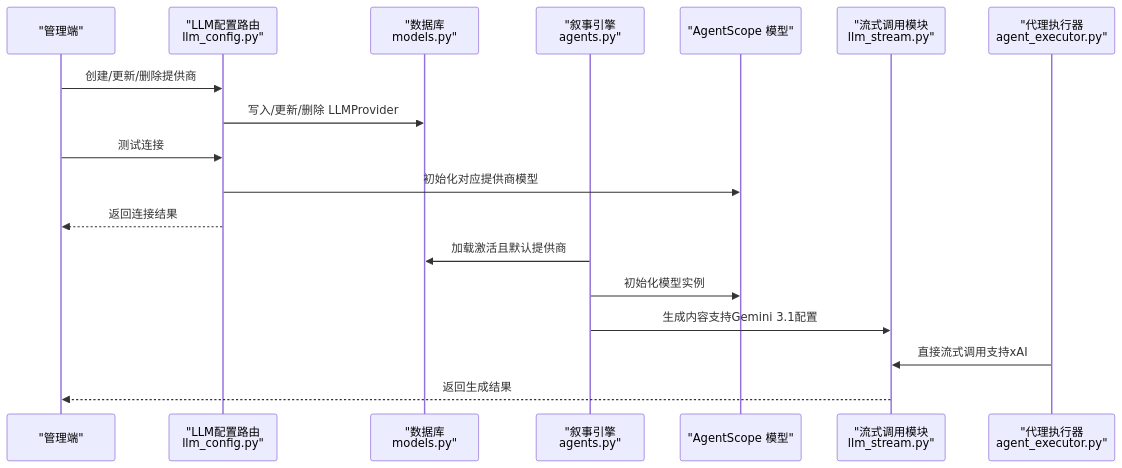
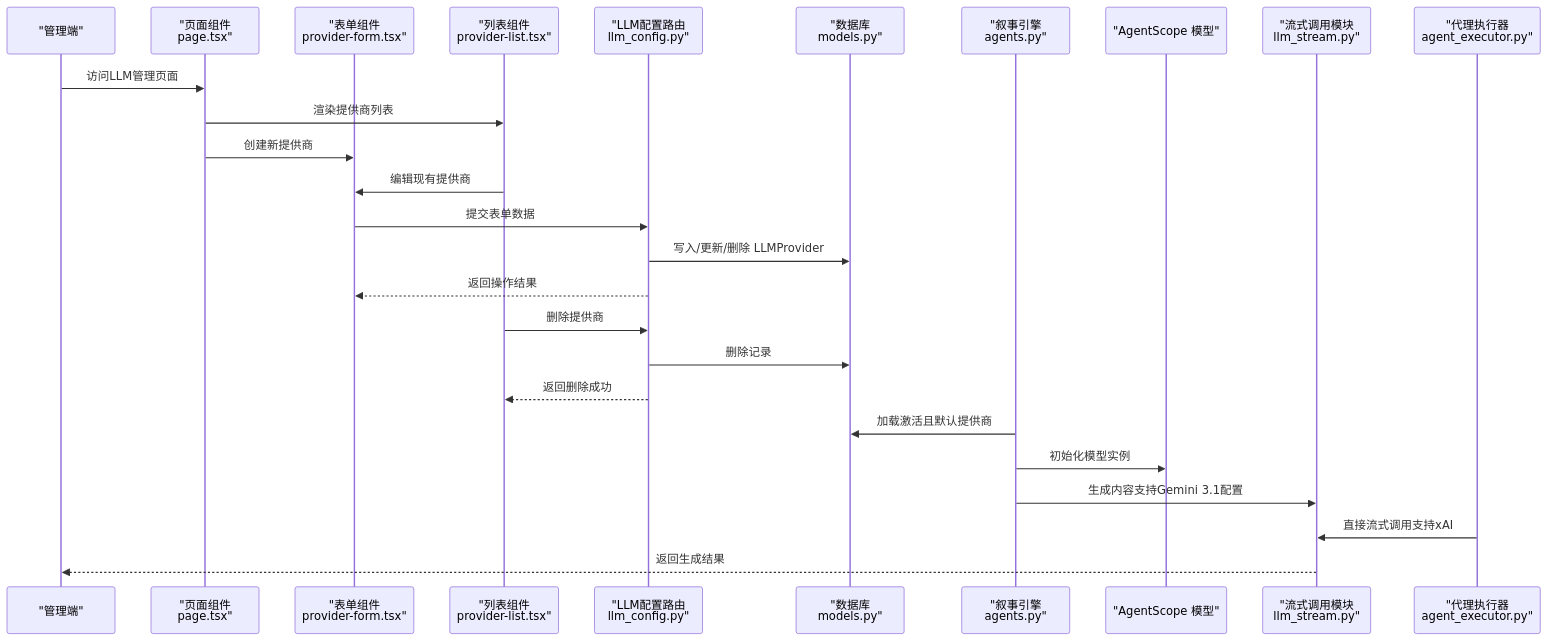
One commit to KunLabAI/KunFlix changed the second of 10 diagrams in .qoder/repowiki/zh/content/后台管理系统/LLM提供商管理.md. Above: the diagram before and after it, drawn with Mermaid. The commit also changed other lines of this file and 4 other files, not shown here.

````diff
--- a/.qoder/repowiki/zh/content/后台管理系统/LLM提供商管理.md
+++ b/.qoder/repowiki/zh/content/后台管理系统/LLM提供商管理.md
@@ -128,20 +166,28 @@
 ```mermaid
 sequenceDiagram
 participant Admin as "管理端"
+participant Page as "页面组件<br/>page.tsx"
+participant Form as "表单组件<br/>provider-form.tsx"
+participant List as "列表组件<br/>provider-list.tsx"
 participant API as "LLM配置路由<br/>llm_config.py"
 participant DB as "数据库<br/>models.py"
 participant NE as "叙事引擎<br/>agents.py"
 participant AS as "AgentScope 模型"
 participant GS as "流式调用模块<br/>llm_stream.py"
 participant AE as "代理执行器<br/>agent_executor.py"
-Admin->>API : 创建/更新/删除提供商
+Admin->>Page : 访问LLM管理页面
+Page->>List : 渲染提供商列表
+Page->>Form : 创建新提供商
+List->>Form : 编辑现有提供商
+Form->>API : 提交表单数据
 API->>DB : 写入/更新/删除 LLMProvider
-Admin->>API : 测试连接
-API->>AS : 初始化对应提供商模型
-API-->>Admin : 返回连接结果
+API-->>Form : 返回操作结果
+List->>API : 删除提供商
+API->>DB : 删除记录
+API-->>List : 返回删除成功
 NE->>DB : 加载激活且默认提供商
 NE->>AS : 初始化模型实例
 NE->>GS : 生成内容支持Gemini 3.1配置
 AE->>GS : 直接流式调用支持xAI
 GS-->>Admin : 返回生成结果
 ```
````
